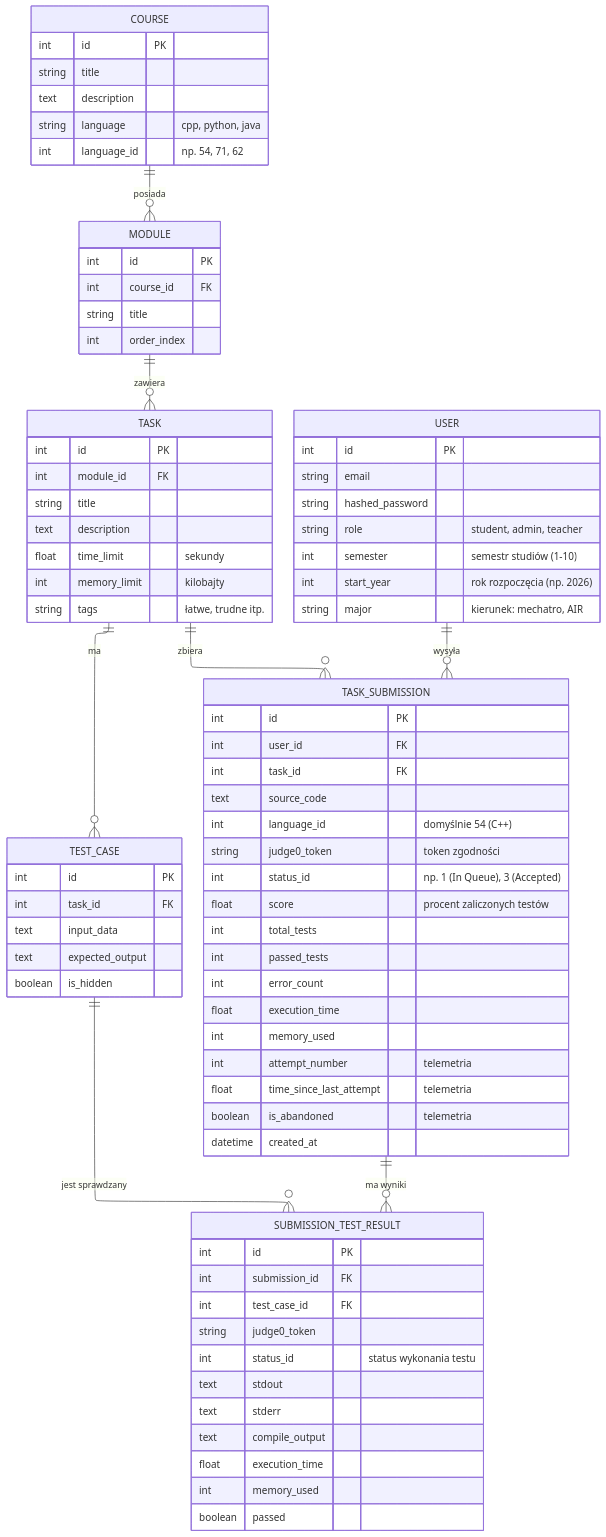
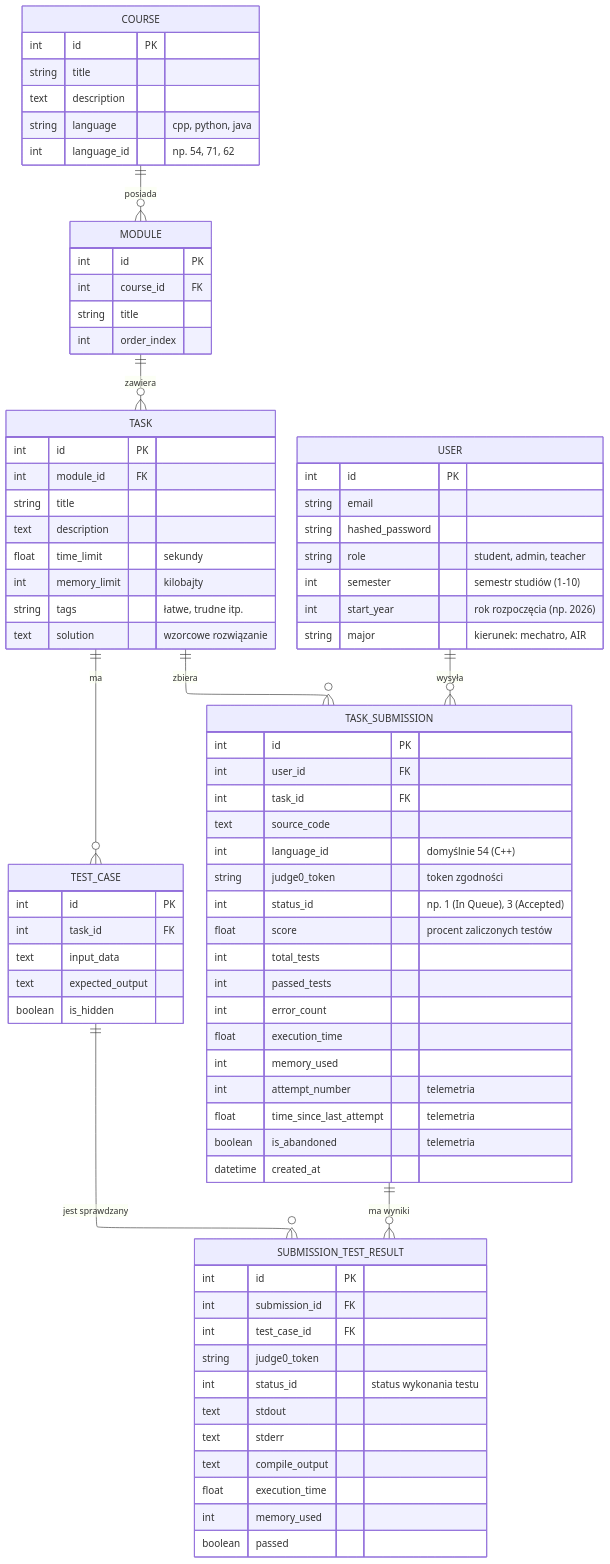
The diagram in readme.md (Kruciii/Mecha2Code), drawn with Mermaid before and after one commit. The commit also changed other lines of this file, not shown here.

Commit message:
Aktualizacja readme.md: dodanie kolumny solution do diagramu ERD, opis migracji SQL i uprawnien rol

```diff
--- a/readme.md
+++ b/readme.md
@@ -39,6 +39,7 @@
         float time_limit "sekundy"
         int memory_limit "kilobajty"
         string tags "łatwe, trudne itp."
+        text solution "wzorcowe rozwiązanie"
     }
 
     TEST_CASE {
```
